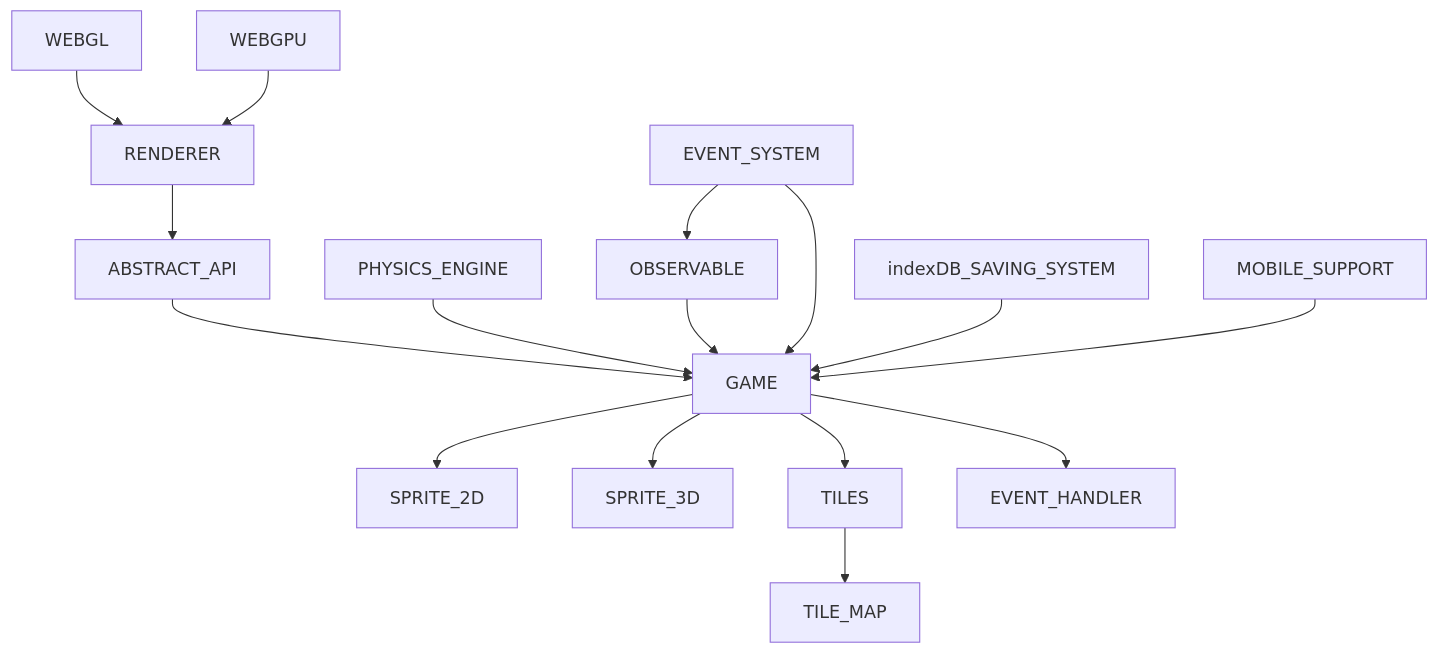
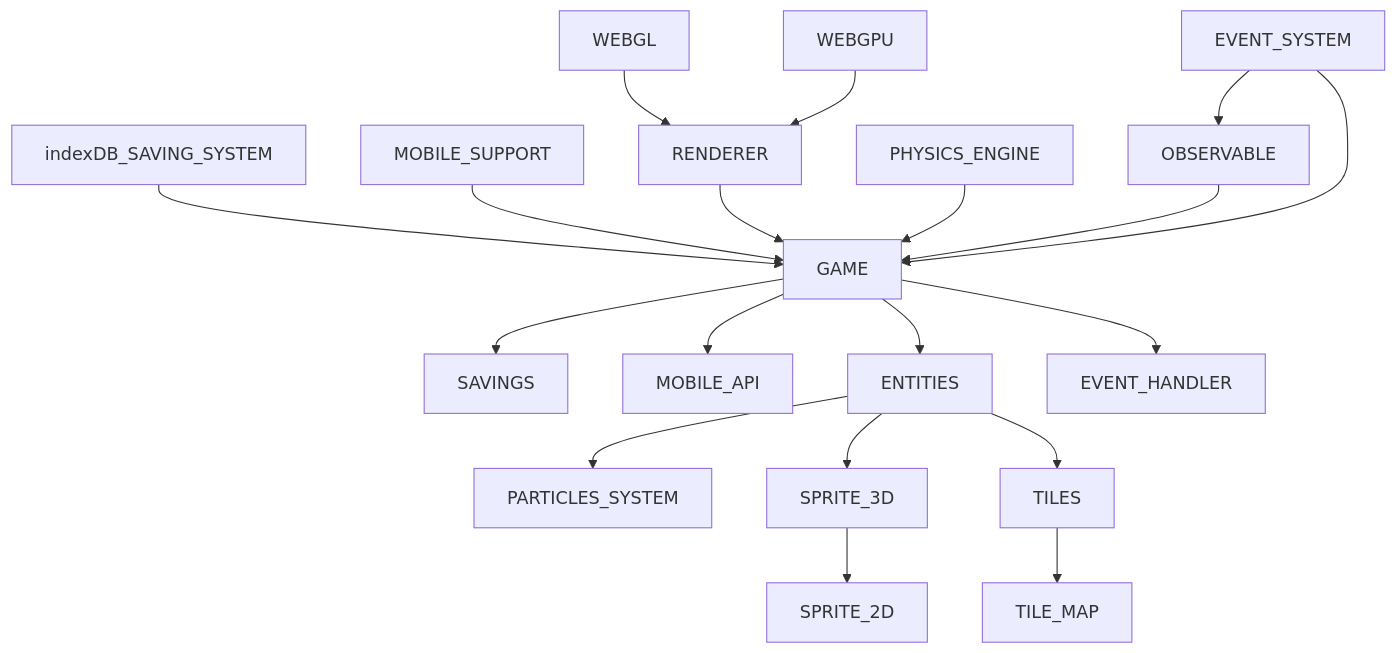
One commit to alle0017/FlyJs changed the diagram in readme.md. Above: the diagram before and after it, drawn with Mermaid. The commit also changed other lines of this file and 14 other files, not shown here.

````diff
--- a/readme.md
+++ b/readme.md
@@ -8,18 +8,22 @@
 ```mermaid
 graph TD;
 WEBGL-->RENDERER
 WEBGPU-->RENDERER
-RENDERER--> ABSTRACT_API
-ABSTRACT_API --> GAME
-GAME --> SPRITE_2D
-GAME --> SPRITE_3D
-GAME --> TILES
-TILES --> TILE_MAP
-GAME --> EVENT_HANDLER
+indexDB_SAVING_SYSTEM --> GAME
+MOBILE_SUPPORT --> GAME
+RENDERER --> GAME
 PHYSICS_ENGINE --> GAME
 OBSERVABLE --> GAME
 EVENT_SYSTEM --> GAME
+GAME --> SAVINGS
+GAME --> MOBILE_API
+GAME --> ENTITIES
+GAME --> EVENT_HANDLER
+ENTITIES --> PARTICLES_SYSTEM
+ENTITIES --> SPRITE_3D
+ENTITIES --> TILES
+TILES --> TILE_MAP
+SPRITE_3D --> SPRITE_2D
 EVENT_SYSTEM --> OBSERVABLE
-indexDB_SAVING_SYSTEM --> GAME
-MOBILE_SUPPORT --> GAME
+
 ```
````
